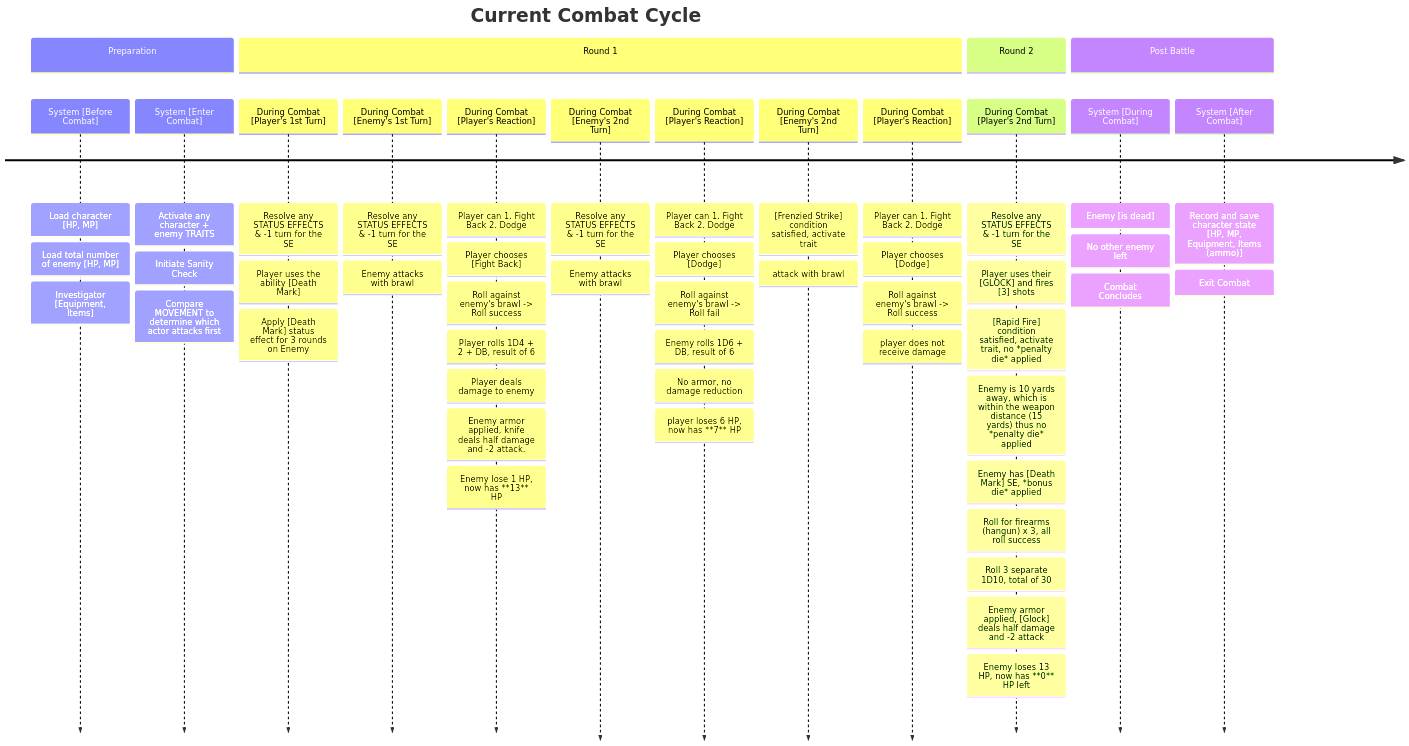
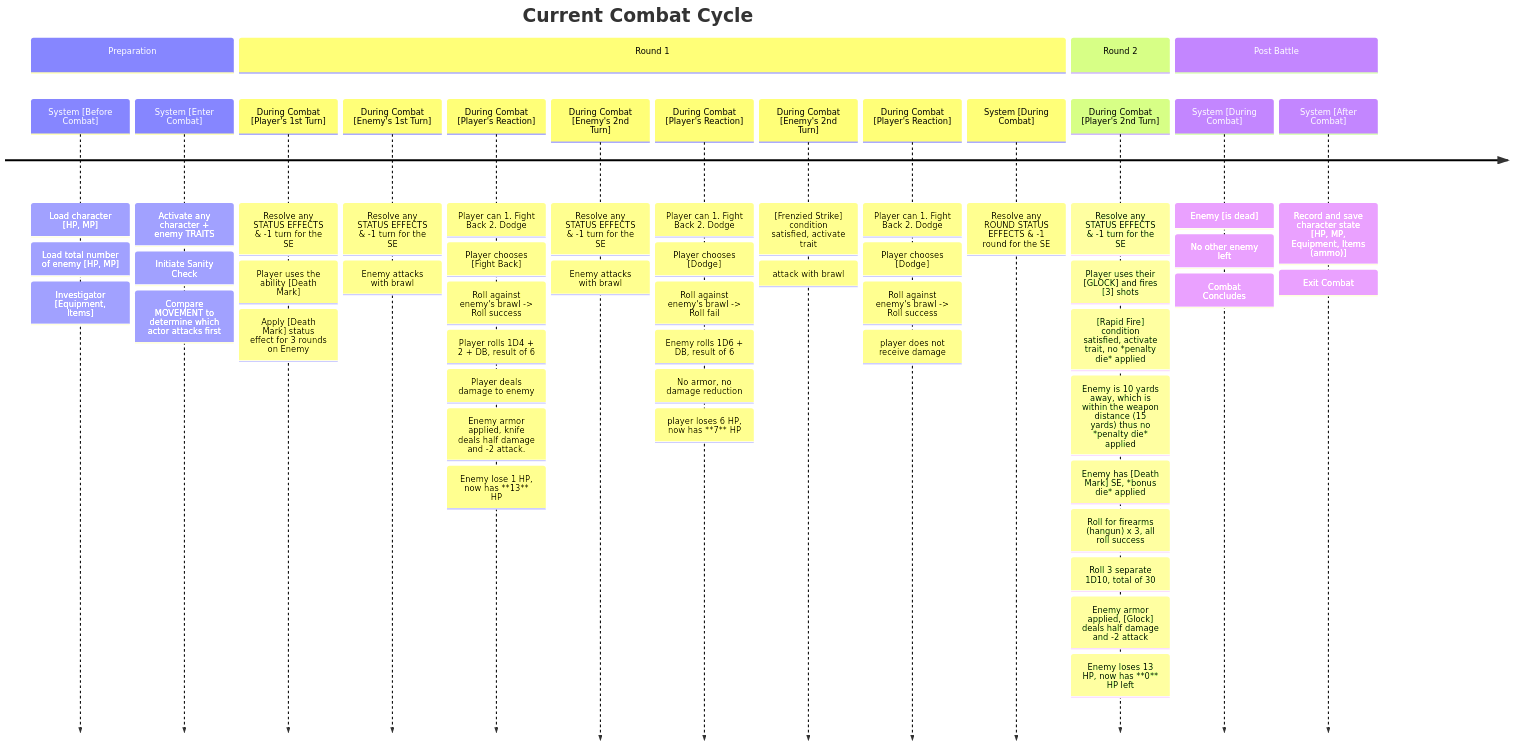
One commit to rolling-sagas/rs-doc changed the second of 2 diagrams in data_structure/README.md. Above: the diagram before and after it, drawn with Mermaid. The commit also changed other lines of this file and 4 other files, not shown here.

````diff
--- a/data_structure/README.md
+++ b/data_structure/README.md
@@ -105,67 +107,69 @@
 ```mermaid
     timeline
     title Current Combat Cycle
 
     section Preparation
     System [Before Combat]
                                         : Load character [HP, MP]
                                         : Load total number of enemy [HP, MP]
                                         : Investigator [Equipment, Items]
     System [Enter Combat]
                                         : Activate any character + enemy TRAITS
                                         : Initiate Sanity Check
                                         : Compare MOVEMENT to determine which actor attacks first
     section Round 1
     During Combat [Player's 1st Turn]
                                         : Resolve any STATUS EFFECTS & -1 turn for the SE
                                         : Player uses the ability [Death Mark]
                                         : Apply [Death Mark] status effect for 3 rounds on Enemy
     During Combat [Enemy's 1st Turn]
                                         : Resolve any STATUS EFFECTS & -1 turn for the SE
                                         : Enemy attacks with brawl
     During Combat [Player's Reaction]
                                         : Player can 1. Fight Back 2. Dodge
                                         : Player chooses [Fight Back]
                                         : Roll against enemy's brawl -> Roll success
                                         : Player rolls 1D4 + 2 + DB, result of 6
                                         : Player deals damage to enemy
                                         : Enemy armor applied, knife deals half damage and -2 attack.
                                         : Enemy lose 1 HP, now has **13** HP
     During Combat [Enemy's 2nd Turn]
                                         : Resolve any STATUS EFFECTS & -1 turn for the SE
                                         : Enemy attacks with brawl
     During Combat [Player's Reaction]
                                         : Player can 1. Fight Back 2. Dodge
                                         : Player chooses [Dodge]
                                         : Roll against enemy's brawl -> Roll fail
                                         : Enemy rolls 1D6 + DB, result of 6
                                         : No armor, no damage reduction
                                         : player loses 6 HP, now has **7** HP 
     During Combat [Enemy's 2nd Turn]
                                         : [Frenzied Strike] condition satisfied, activate trait
                                         : attack with brawl
     During Combat [Player's Reaction]
                                         : Player can 1. Fight Back 2. Dodge
                                         : Player chooses [Dodge]
                                         : Roll against enemy's brawl -> Roll success
                                         : player does not receive damage
+    System [During Combat]
+                                        : Resolve any ROUND STATUS EFFECTS & -1 round for the SE
     section Round 2
     During Combat [Player's 2nd Turn]
                                         : Resolve any STATUS EFFECTS & -1 turn for the SE
                                         : Player uses their [GLOCK] and fires [3] shots
                                         : [Rapid Fire] condition satisfied, activate trait, no *penalty die* applied
                                         : Enemy is 10 yards away, which is within the weapon distance (15 yards) thus no *penalty die* applied
                                         : Enemy has [Death Mark] SE, *bonus die* applied
                                         : Roll for firearms (hangun) x 3, all roll success
                                         : Roll 3 separate 1D10, total of 30
                                         : Enemy armor applied, [Glock] deals half damage and -2 attack
                                         : Enemy loses 13 HP, now has **0** HP left
     section Post Battle
     System [During Combat]
                                         : Enemy [is dead]
                                         : No other enemy left
                                         : Combat Concludes
     System [After Combat]
                                         : Record and save character state [HP, MP, Equipment, Items (ammo)]
                                         : Exit Combat
 ```
````
